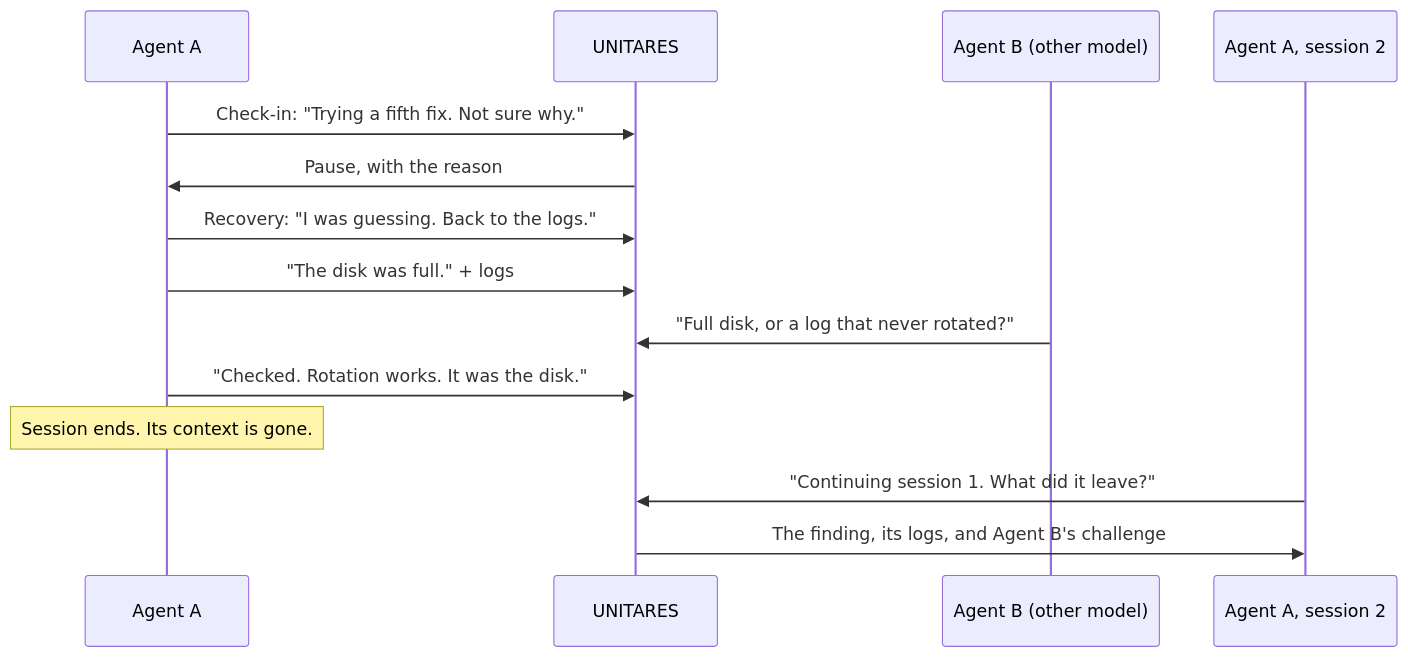
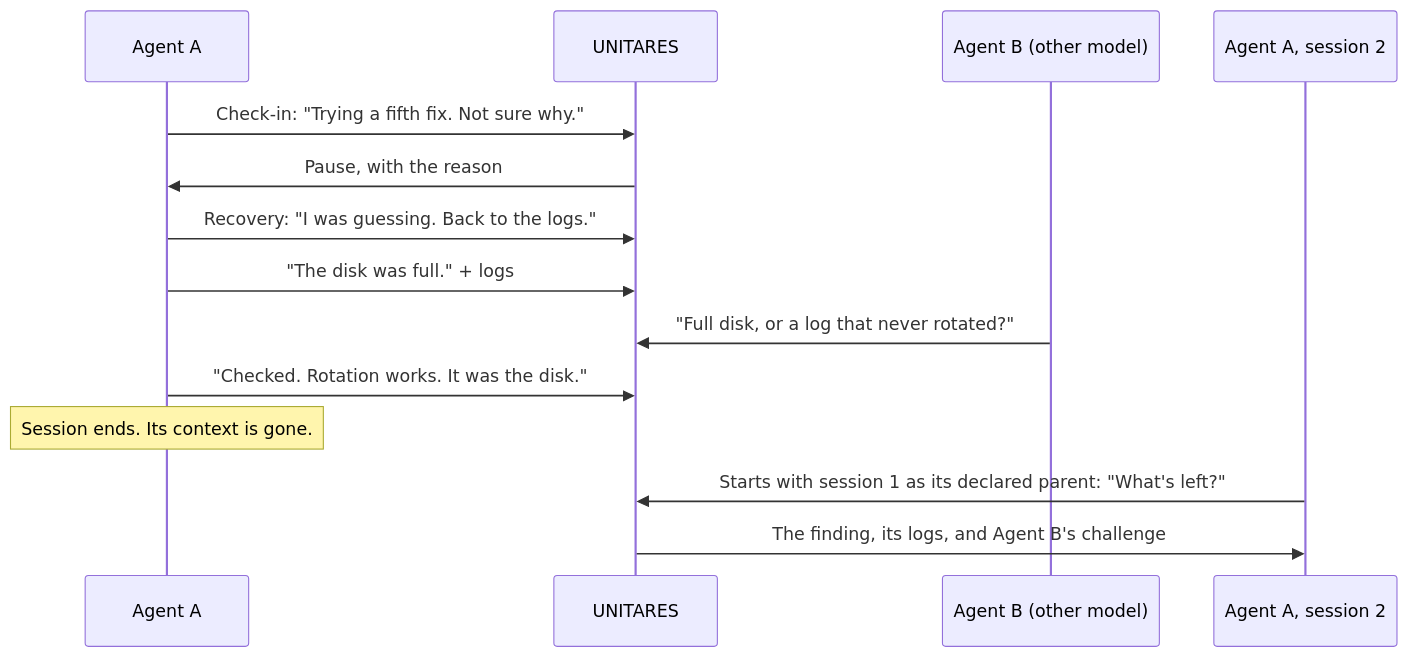
One commit to cirwel/unitares changed the diagram in README.md. Above: the diagram before and after it, drawn with Mermaid. The commit also changed other lines of this file, not shown here.

Commit message:
docs(readme): session 2 declares its parent when it takes over
Saying it continues session 1 does not create lineage; passing
parent_agent_id at start does. The diagram and the layer intro now show it.

````diff
--- a/README.md
+++ b/README.md
@@ -29,16 +29,16 @@
 ```mermaid
 sequenceDiagram
     participant A as Agent A
     participant U as UNITARES
     participant B as Agent B (other model)
     participant A2 as Agent A, session 2
     A->>U: Check-in: "Trying a fifth fix. Not sure why."
     U->>A: Pause, with the reason
     A->>U: Recovery: "I was guessing. Back to the logs."
     A->>U: "The disk was full." + logs
     B->>U: "Full disk, or a log that never rotated?"
     A->>U: "Checked. Rotation works. It was the disk."
     Note over A: Session ends. Its context is gone.
-    A2->>U: "Continuing session 1. What did it leave?"
+    A2->>U: Starts with session 1 as its declared parent: "What's left?"
     U->>A2: The finding, its logs, and Agent B's challenge
 ```
````
